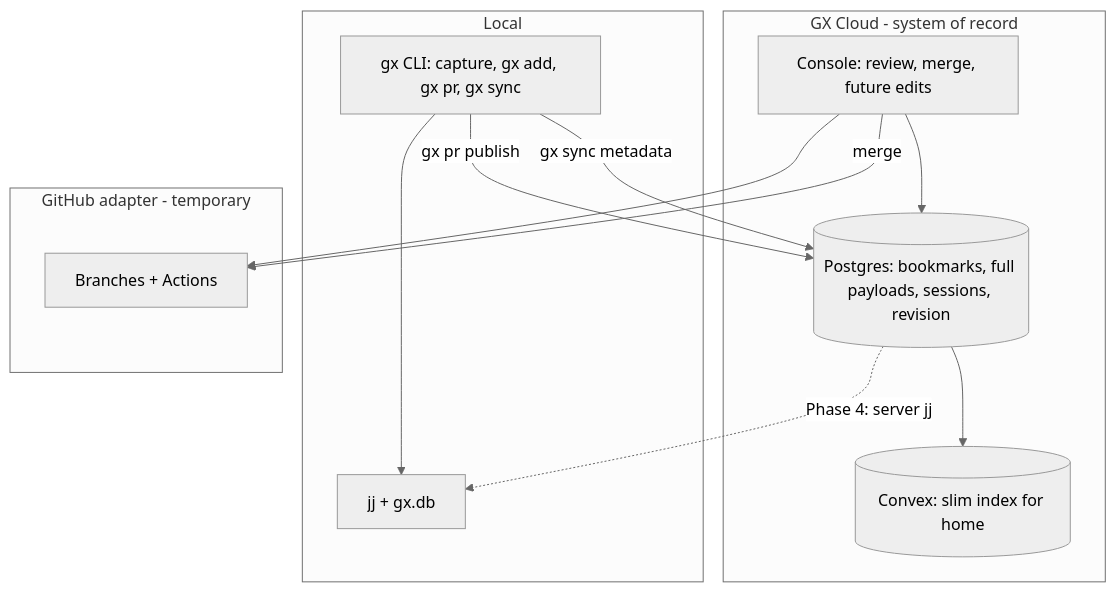
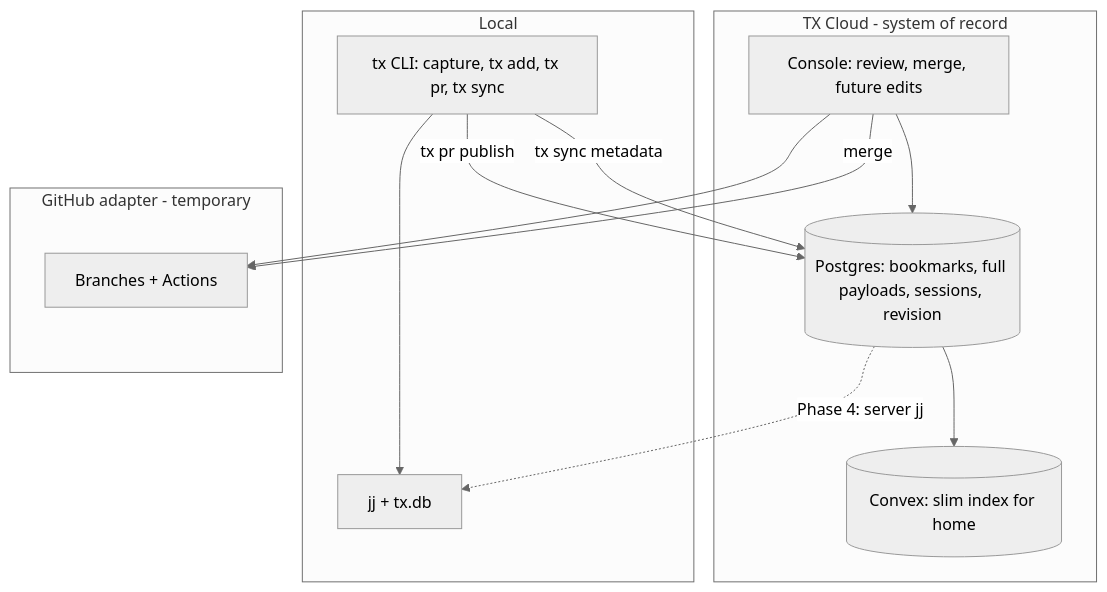
The diagram in .cursor/plans/tx_cloud_architecture_3163b4a5.plan.md (satoricorp/console), drawn with Mermaid (neutral theme) before and after one commit. The commit also changed other lines of this file and 197 other files, not shown here.

````diff
--- a/.cursor/plans/tx_cloud_architecture_3163b4a5.plan.md
+++ b/.cursor/plans/tx_cloud_architecture_3163b4a5.plan.md
@@ -45,26 +45,26 @@
 ```mermaid
 flowchart TB
-  subgraph gxCloud [GX Cloud - system of record]
+  subgraph txCloud [TX Cloud - system of record]
     PG[(Postgres: bookmarks, full payloads, sessions, revision)]
     CVX[(Convex: slim index for home)]
     Console[Console: review, merge, future edits]
   end
 
   subgraph local [Local]
-    CLI[gx CLI: capture, gx add, gx pr, gx sync]
-    JJ[jj + gx.db]
+    CLI[tx CLI: capture, tx add, tx pr, tx sync]
+    JJ[jj + tx.db]
   end
 
   subgraph github [GitHub adapter - temporary]
     GH[Branches + Actions]
   end
 
-  CLI -->|gx pr publish| PG
+  CLI -->|tx pr publish| PG
   PG --> CVX
   Console --> PG
   Console --> GH
-  CLI -->|gx sync metadata| PG
+  CLI -->|tx sync metadata| PG
   CLI --> JJ
   PG -.->|Phase 4: server jj| JJ
   Console -->|merge| GH
 ```
````
